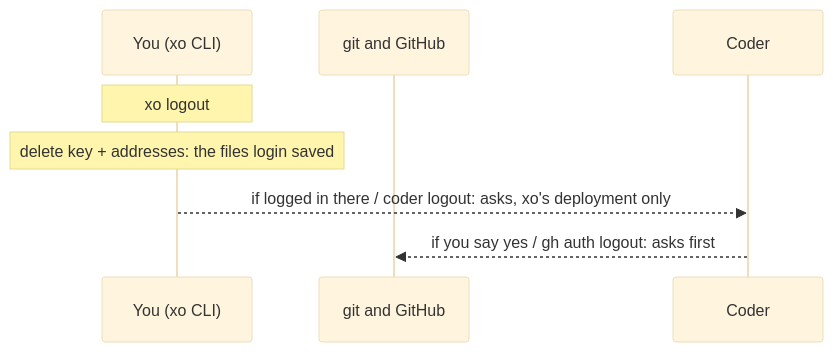
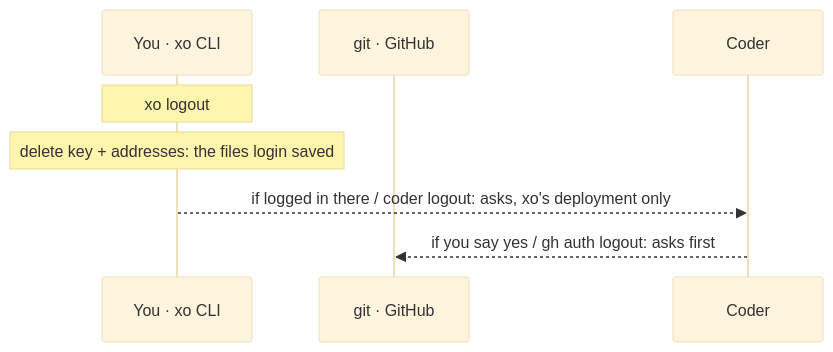
One commit to quirq-ai/xo changed the fourth of 30 diagrams in docs/architecture.md. Above: the diagram before and after it, drawn with Mermaid (base theme). The commit also changed other lines of this file and 13 other files, not shown here.

````diff
--- a/docs/architecture.md
+++ b/docs/architecture.md
@@ -127,10 +127,10 @@
 ```mermaid
 sequenceDiagram
-  participant CLI as You (xo CLI)
-  participant Git as git and GitHub
+  participant Cli as You · xo CLI
+  participant Git as git · GitHub
   participant Coder as Coder
-  Note over CLI: xo logout
-  Note over CLI: delete key + addresses: the files login saved
-  CLI-->>Coder: if logged in there / coder logout: asks, xo's deployment only
+  Note over Cli: xo logout
+  Note over Cli: delete key + addresses: the files login saved
+  Cli-->>Coder: if logged in there / coder logout: asks, xo's deployment only
   Coder-->>Git: if you say yes / gh auth logout: asks first
 ```
````
